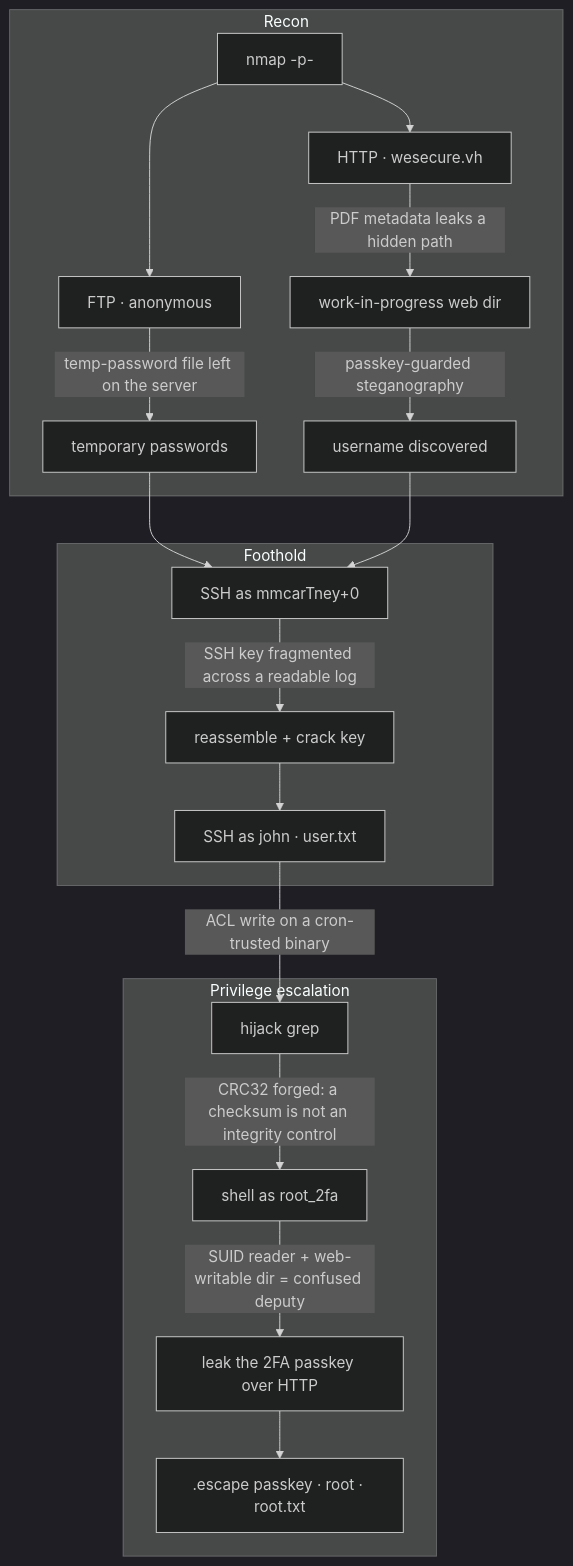
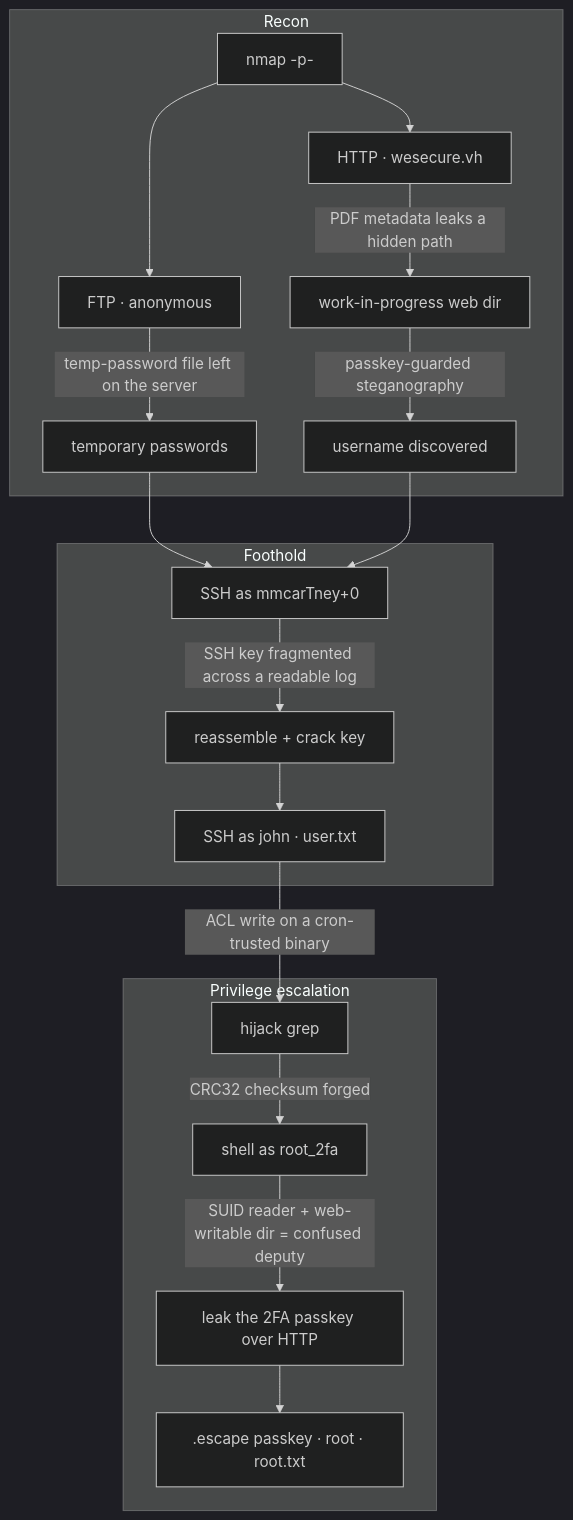
Before and after one commit to mahdi-al-hakim/WeSecure: the diagram in writeup/attack-chain.md, drawn with Mermaid (dark theme). The commit also changed other lines of this file and 4 other files, not shown here.

````diff
--- a/writeup/attack-chain.md
+++ b/writeup/attack-chain.md
@@ -7,22 +7,22 @@
 ```mermaid
 flowchart TD
     subgraph recon [Recon]
         N["nmap -p-"] --> FTP["FTP · anonymous"]
         N --> WEB["HTTP · wesecure.vh"]
         FTP -->|"temp-password file left on the server"| CRED["temporary passwords"]
         WEB -->|"PDF metadata leaks a hidden path"| DIR["work-in-progress web dir"]
         DIR -->|"passkey-guarded steganography"| WHO["username discovered"]
     end
     subgraph foothold [Foothold]
         CRED --> S1["SSH as mmcarTney+0"]
         WHO --> S1
         S1 -->|"SSH key fragmented across a readable log"| KEY["reassemble + crack key"]
         KEY --> USER["SSH as john · user.txt"]
     end
     subgraph privesc [Privilege escalation]
         USER -->|"ACL write on a cron-trusted binary"| G["hijack grep"]
-        G -->|"CRC32 forged: a checksum is not an integrity control"| R2["shell as root_2fa"]
+        G -->|"CRC32 checksum forged"| R2["shell as root_2fa"]
         R2 -->|"SUID reader + web-writable dir = confused deputy"| LEAK["leak the 2FA passkey over HTTP"]
         LEAK --> ROOT[".escape passkey · root · root.txt"]
     end
 ```
````
